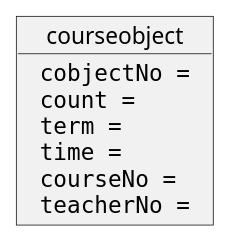
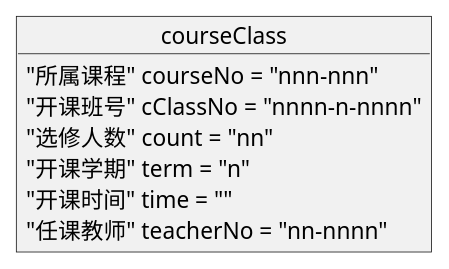
The seventh of 8 diagrams in test6/objectView.pu (201610414130/is_analysis-4), drawn with PlantUML before and after one commit. The commit also changed other lines of this file and 8 other files, not shown here.

```diff
--- a/test6/objectView.pu
+++ b/test6/objectView.pu
@@ -81,10 +81,10 @@
-@startuml courseobject
-object courseobject{
-    "" cobjectNo = ""
-    "" count = ""
-    "" term = ""
-    "" time = ""
-    "" courseNo = ""
-    "" teacherNo = ""
+@startuml courseClass
+object courseClass{
+    "所属课程" courseNo = "nnn-nnn"
+    "开课班号" cClassNo = "nnnn-n-nnnn"
+    "选修人数" count = "nn"
+    "开课学期" term = "n"
+    "开课时间" time = ""
+    "任课教师" teacherNo = "nn-nnnn"
 }
 @enduml
```
